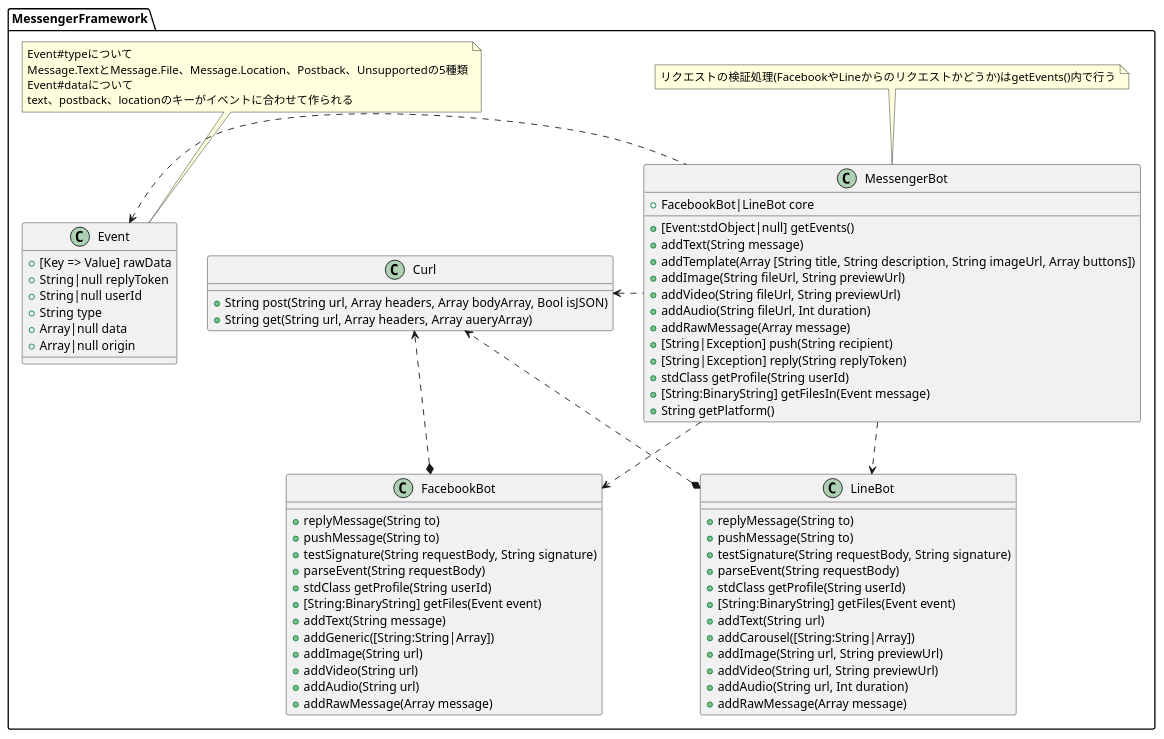
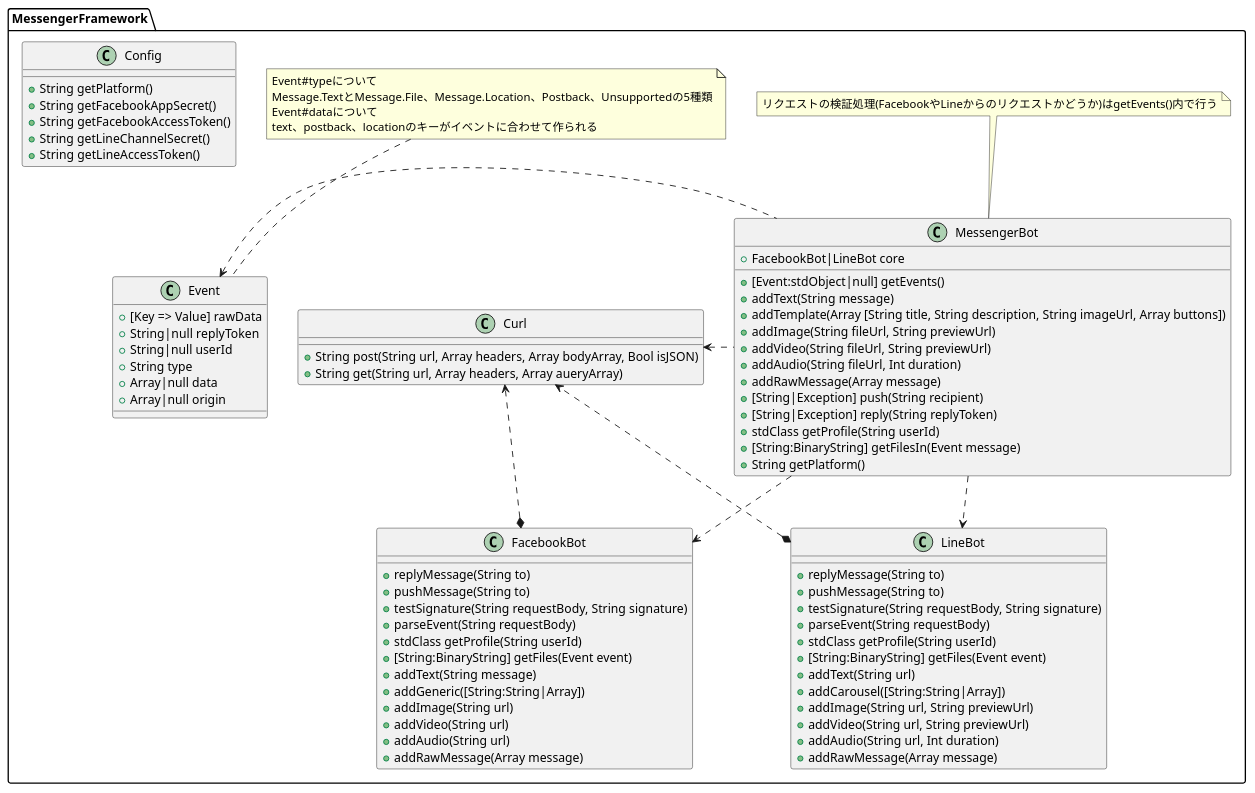
Before and after one commit to genies-inc/messenger-framework: the diagram in docs/class-spec.puml, drawn with PlantUML. The commit also changed 1 other file, not shown here.

```diff
--- a/docs/class-spec.puml
+++ b/docs/class-spec.puml
@@ -1,89 +1,97 @@
 @startuml
 
 namespace MessengerFramework {
 
   class Event {
     + [Key => Value] rawData
     + String|null replyToken
     + String|null userId
     + String type
     + Array|null data
     + Array|null origin
   }
 
   note top of Event
     Event#typeについて
     Message.TextとMessage.File、Message.Location、Postback、Unsupportedの5種類
     Event#dataについて
     text、postback、locationのキーがイベントに合わせて作られる
   end note
 
   class MessengerBot {
     + FacebookBot|LineBot core
     + [Event:stdObject|null] getEvents()
     + addText(String message)
     + addTemplate(Array [String title, String description, String imageUrl, Array buttons])
     + addImage(String fileUrl, String previewUrl)
     + addVideo(String fileUrl, String previewUrl)
     + addAudio(String fileUrl, Int duration)
     + addRawMessage(Array message)
     + [String|Exception] push(String recipient)
     + [String|Exception] reply(String replyToken)
     + stdClass getProfile(String userId)
     + [String:BinaryString] getFilesIn(Event message)
     + String getPlatform()
   }
 
   note top of MessengerBot
     リクエストの検証処理(FacebookやLineからのリクエストかどうか)はgetEvents()内で行う
   end note
 
   class FacebookBot {
     + replyMessage(String to)
     + pushMessage(String to)
     + testSignature(String requestBody, String signature)
     + parseEvent(String requestBody)
     + stdClass getProfile(String userId)
     + [String:BinaryString] getFiles(Event event)
     + addText(String message)
     + addGeneric([String:String|Array])
     + addImage(String url)
     + addVideo(String url)
     + addAudio(String url)
     + addRawMessage(Array message)
   }
 
   class LineBot {
     + replyMessage(String to)
     + pushMessage(String to)
     + testSignature(String requestBody, String signature)
     + parseEvent(String requestBody)
     + stdClass getProfile(String userId)
     + [String:BinaryString] getFiles(Event event)
     + addText(String url)
     + addCarousel([String:String|Array])
     + addImage(String url, String previewUrl)
     + addVideo(String url, String previewUrl)
     + addAudio(String url, Int duration)
     + addRawMessage(Array message)
   }
 
   class Curl {
     + String post(String url, Array headers, Array bodyArray, Bool isJSON)
     + String get(String url, Array headers, Array aueryArray)
   }
 
+  class Config {
+    + String getPlatform()
+    + String getFacebookAppSecret()
+    + String getFacebookAccessToken()
+    + String getLineChannelSecret()
+    + String getLineAccessToken()
+  }
+
 }
 
 ' MessengerFramework内の関連
 
 MessengerFramework.MessengerBot .d.> MessengerFramework.FacebookBot
 MessengerFramework.MessengerBot .d.> MessengerFramework.LineBot
 MessengerFramework.MessengerBot .l.> MessengerFramework.Curl
 MessengerFramework.MessengerBot .l.> MessengerFramework.Event
 
 MessengerFramework.FacebookBot *..> MessengerFramework.Curl
 
 MessengerFramework.LineBot *..> MessengerFramework.Curl
 
 @enduml
```
